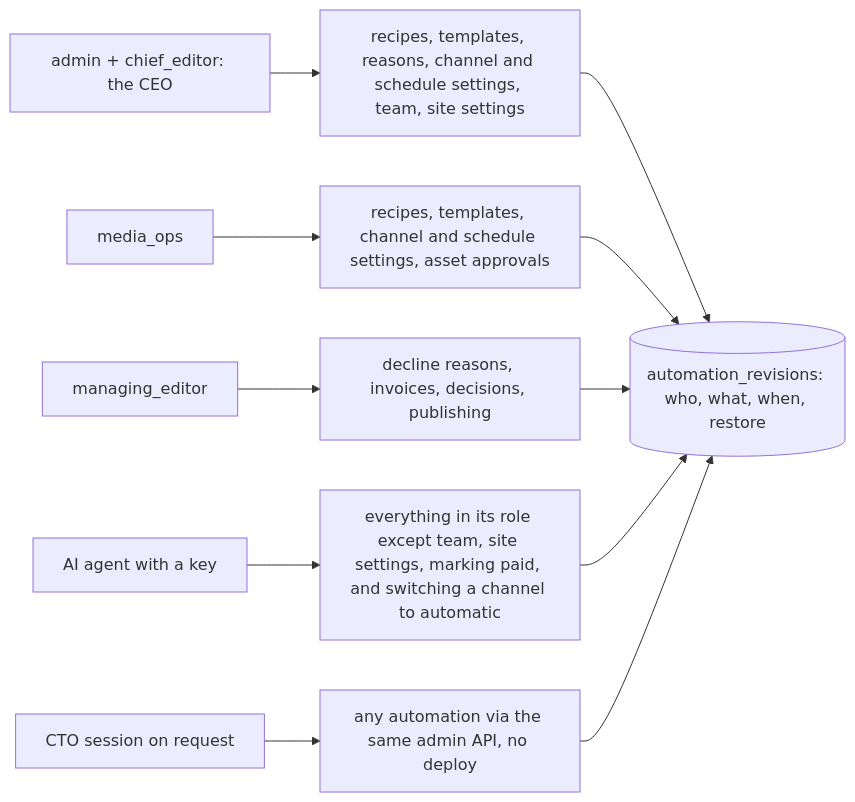
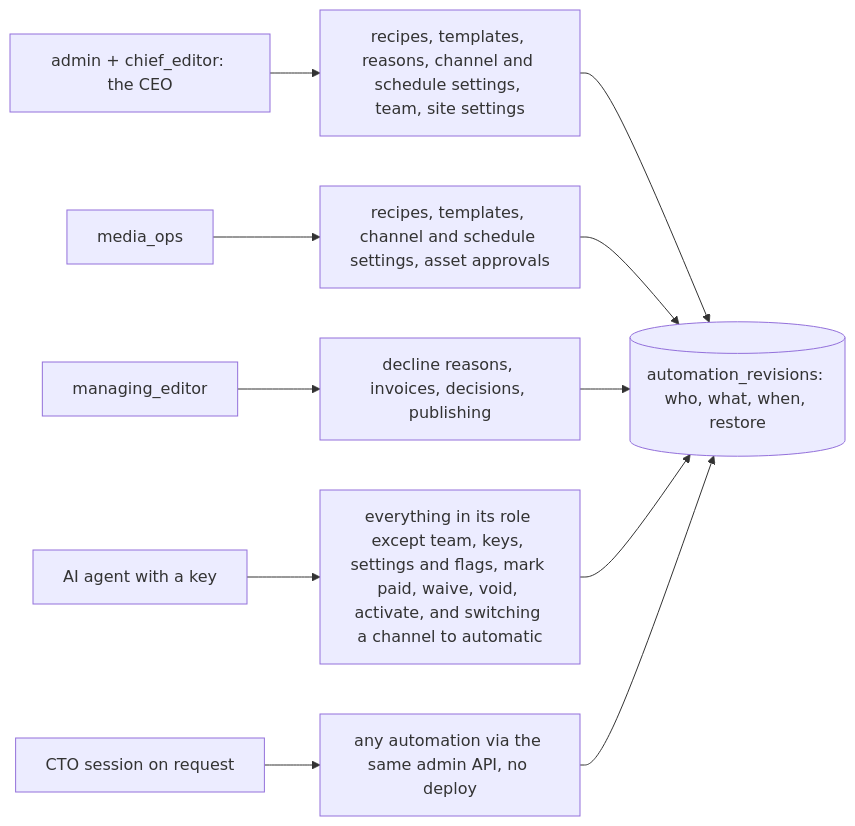
One commit to AbdulrahmanAmer/matter-of-place changed the third of 3 diagrams in workspace/03-diagrams/automations.md. Above: the diagram before and after it, drawn with Mermaid. The commit also changed other lines of this file and 104 other files, not shown here.

First line of the commit message:
Traceability audit rounds 5 and 6; diagrams brought in line with the plans; rulings G58 to G65

````diff
--- a/workspace/03-diagrams/automations.md
+++ b/workspace/03-diagrams/automations.md
@@ -57,9 +88,9 @@
 ```mermaid
 flowchart LR
   CEO[admin + chief_editor: the CEO] --> A[recipes, templates, reasons, channel and schedule settings, team, site settings]
   MO[media_ops] --> B[recipes, templates, channel and schedule settings, asset approvals]
   ME[managing_editor] --> C[decline reasons, invoices, decisions, publishing]
-  AG[AI agent with a key] --> D[everything in its role except team, site settings, marking paid, and switching a channel to automatic]
+  AG[AI agent with a key] --> D[everything in its role except team, keys, settings and flags, mark paid, waive, void, activate, and switching a channel to automatic]
   CTO[CTO session on request] --> E[any automation via the same admin API, no deploy]
   A & B & C & D & E --> REV[(automation_revisions: who, what, when, restore)]
 ```
````
